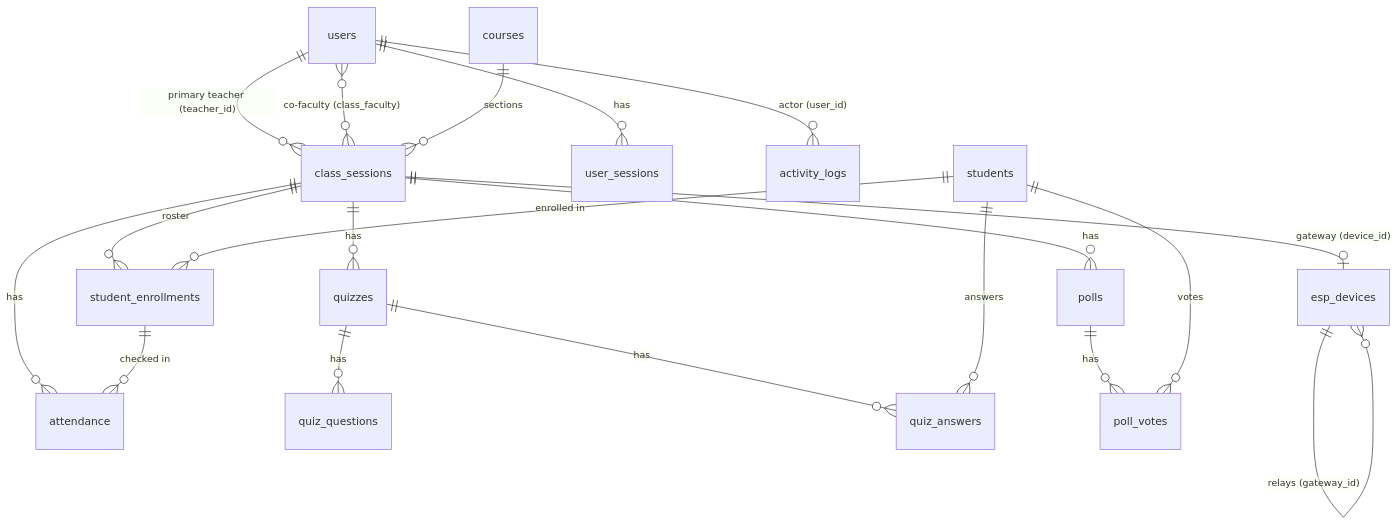
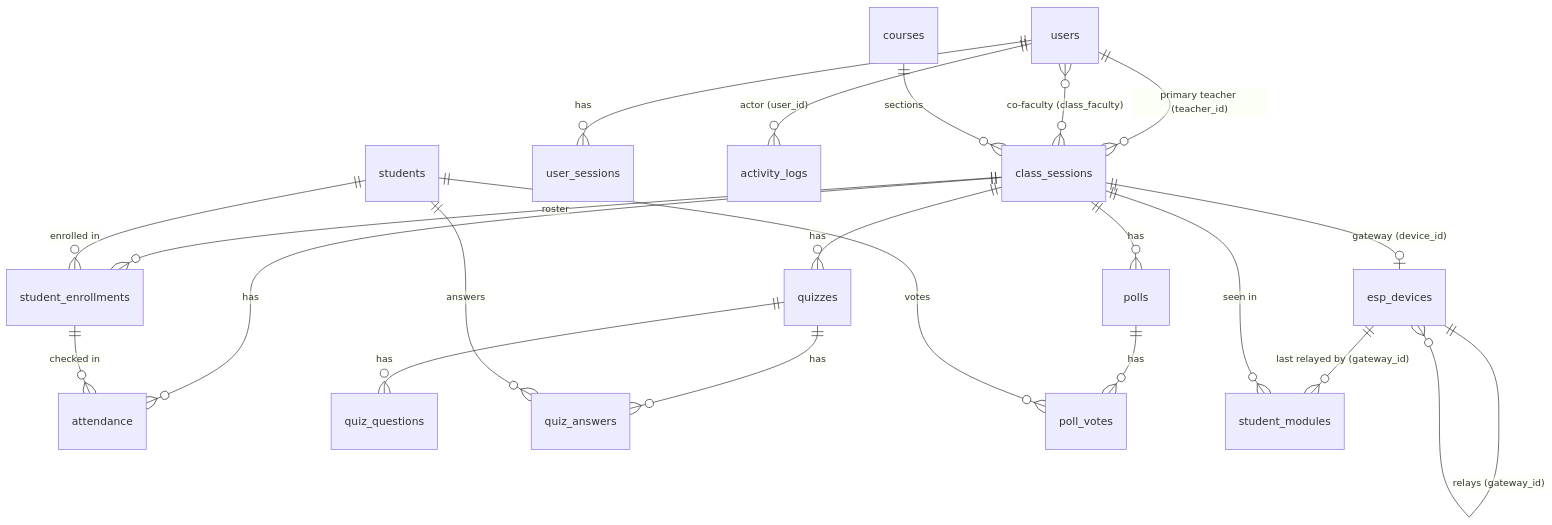
Before and after one commit to Kush-Kelaiya22/imPress: the diagram in docs/reference/data-model.md, drawn with Mermaid. The commit also changed other lines of this file and 9 other files, not shown here.

````diff
--- a/docs/reference/data-model.md
+++ b/docs/reference/data-model.md
@@ -7,21 +7,23 @@
 ```mermaid
 erDiagram
     users ||--o{ class_sessions : "primary teacher (teacher_id)"
     users }o--o{ class_sessions : "co-faculty (class_faculty)"
     users ||--o{ user_sessions : has
     users ||--o{ activity_logs : "actor (user_id)"
     courses ||--o{ class_sessions : sections
     class_sessions ||--o| esp_devices : "gateway (device_id)"
     class_sessions ||--o{ quizzes : has
     class_sessions ||--o{ polls : has
     class_sessions ||--o{ student_enrollments : roster
     class_sessions ||--o{ attendance : has
     students ||--o{ student_enrollments : "enrolled in"
     student_enrollments ||--o{ attendance : "checked in"
     quizzes ||--o{ quiz_questions : has
     quizzes ||--o{ quiz_answers : has
     students ||--o{ quiz_answers : answers
     polls ||--o{ poll_votes : has
     students ||--o{ poll_votes : votes
     esp_devices ||--o{ esp_devices : "relays (gateway_id)"
+    esp_devices ||--o{ student_modules : "last relayed by (gateway_id)"
+    class_sessions ||--o{ student_modules : "seen in"
 ```
````
